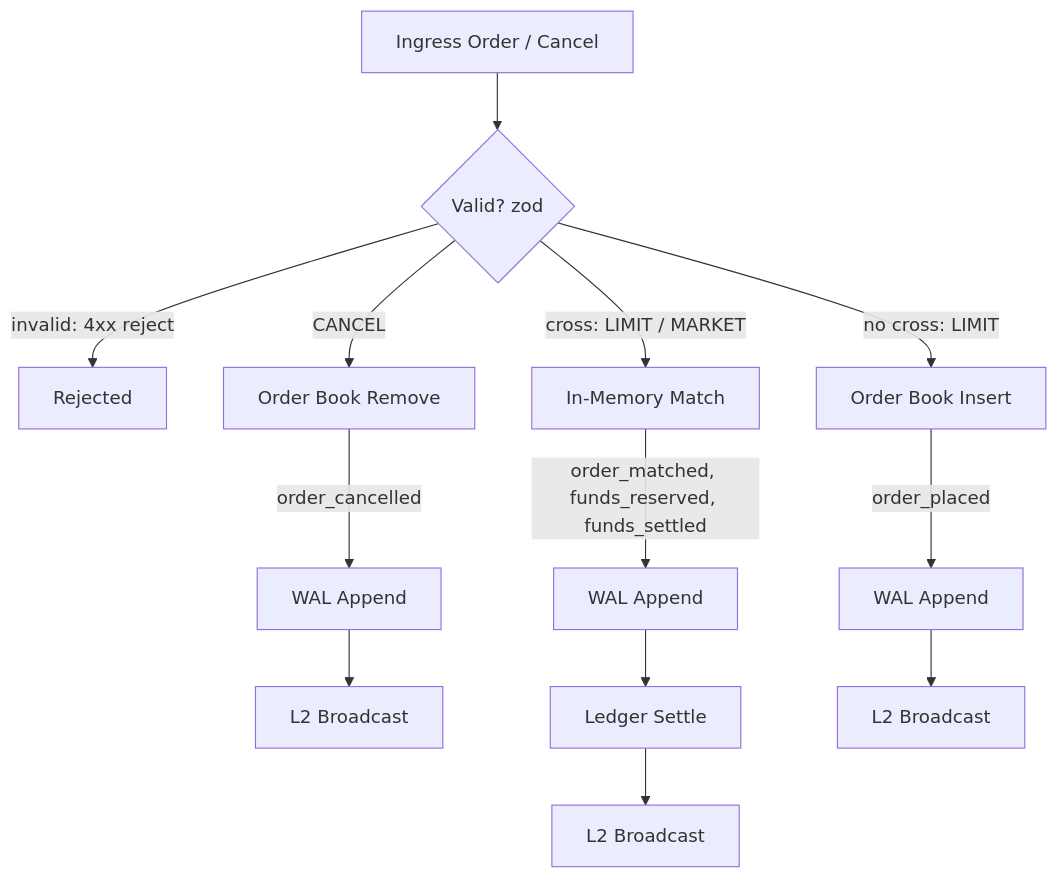
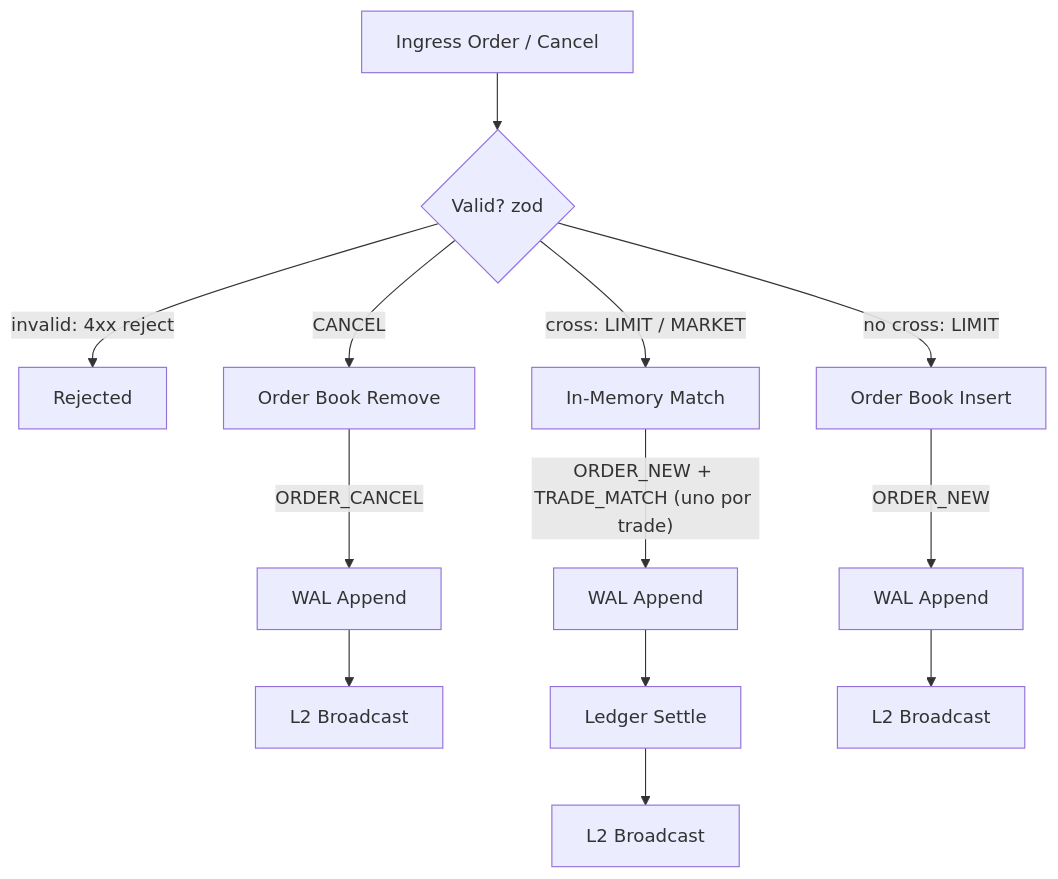
Before and after one commit to LianCarlos/orderbook-engine: the first of 2 diagrams in docs/ARCHITECTURE.md, drawn with Mermaid. The commit also changed other lines of this file and 12 other files, not shown here.

Commit message:
docs(i18n): bilingue pt-BR/EN, align architecture with SHA-256 WAL chain, and localize sprint summaries

````diff
--- a/docs/ARCHITECTURE.md
+++ b/docs/ARCHITECTURE.md
@@ -18,15 +18,15 @@
 ```mermaid
 flowchart TD
     IO["Ingress Order / Cancel"] --> VAL{"Valid? zod"}
     VAL -->|"invalid: 4xx reject"| REJ["Rejected"]
     VAL -->|"CANCEL"| RM["Order Book Remove"]
-    RM -->|"order_cancelled"| W1["WAL Append"]
+    RM -->|"ORDER_CANCEL"| W1["WAL Append"]
     W1 --> B1["L2 Broadcast"]
     VAL -->|"cross: LIMIT / MARKET"| MM["In-Memory Match"]
-    MM -->|"order_matched, funds_reserved, funds_settled"| W2["WAL Append"]
+    MM -->|"ORDER_NEW + TRADE_MATCH (uno por trade)"| W2["WAL Append"]
     W2 --> LS["Ledger Settle"]
     LS --> B2["L2 Broadcast"]
     VAL -->|"no cross: LIMIT"| INSB["Order Book Insert"]
-    INSB -->|"order_placed"| W3["WAL Append"]
+    INSB -->|"ORDER_NEW"| W3["WAL Append"]
     W3 --> B3["L2 Broadcast"]
 ```
````
